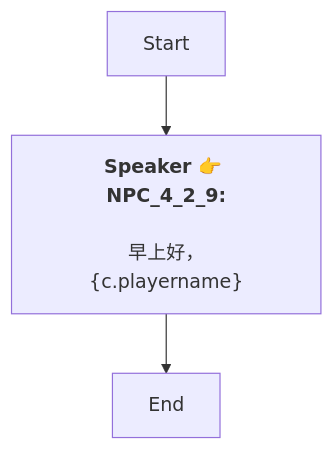
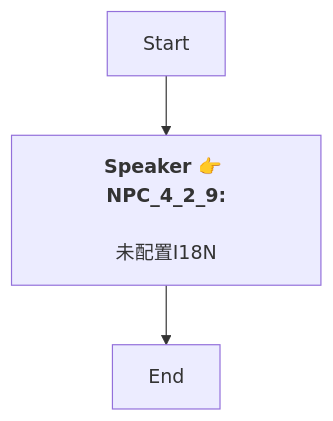
Before and after one commit to SoftHu/tos_avg: the diagram in Zh/QuestApproachDialogNode_1741365225259229.md, drawn with Mermaid. The commit also changed 730 other files, not shown here.

````diff
--- a/Zh/QuestApproachDialogNode_1741365225259229.md
+++ b/Zh/QuestApproachDialogNode_1741365225259229.md
@@ -1,8 +1,7 @@
 ```mermaid
 graph
 Start -->1741464260069634[<b>Speaker 👉 NPC_4_2_9:</b>
-\n早上好，
-&lbrace;c.playername&rbrace;]
+\n未配置I18N]
 1741464260069634 -->1741365335831777[End]
 
 ```
````
